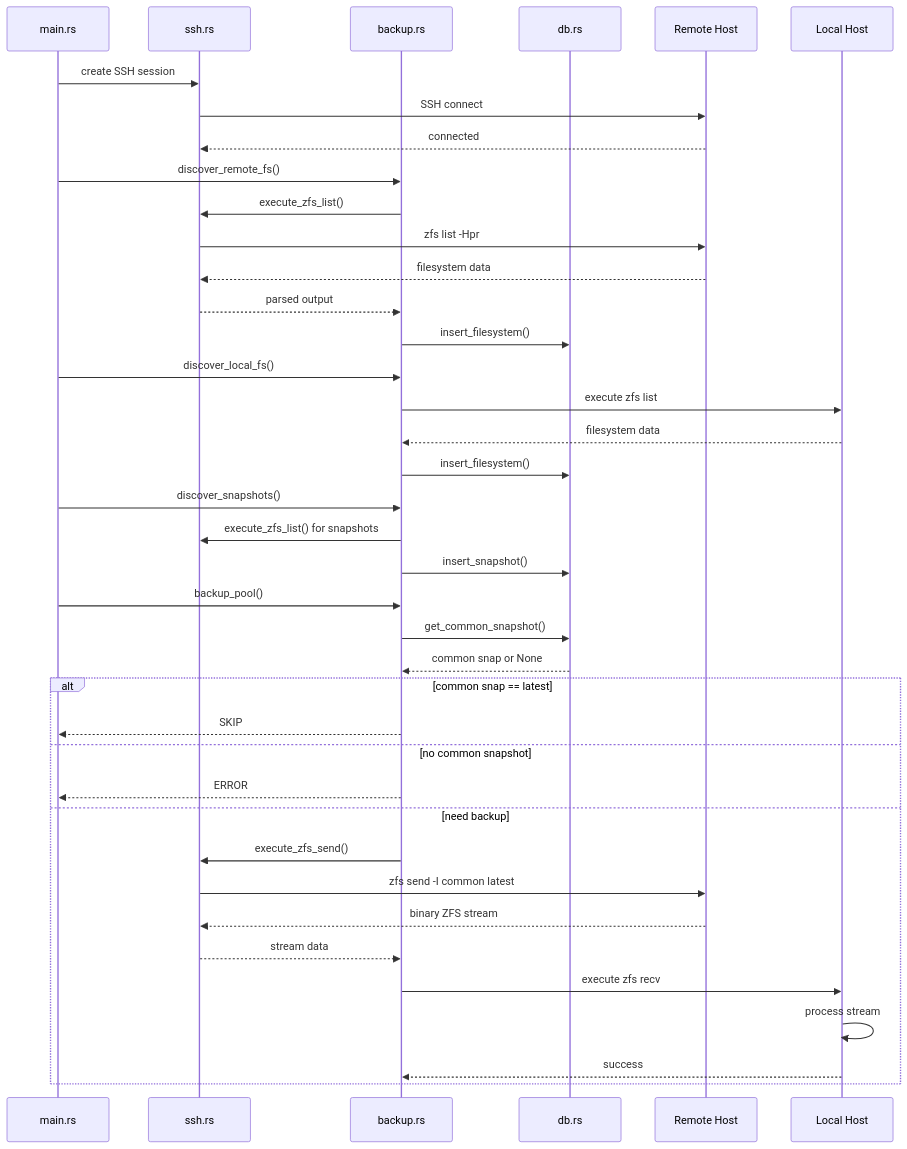
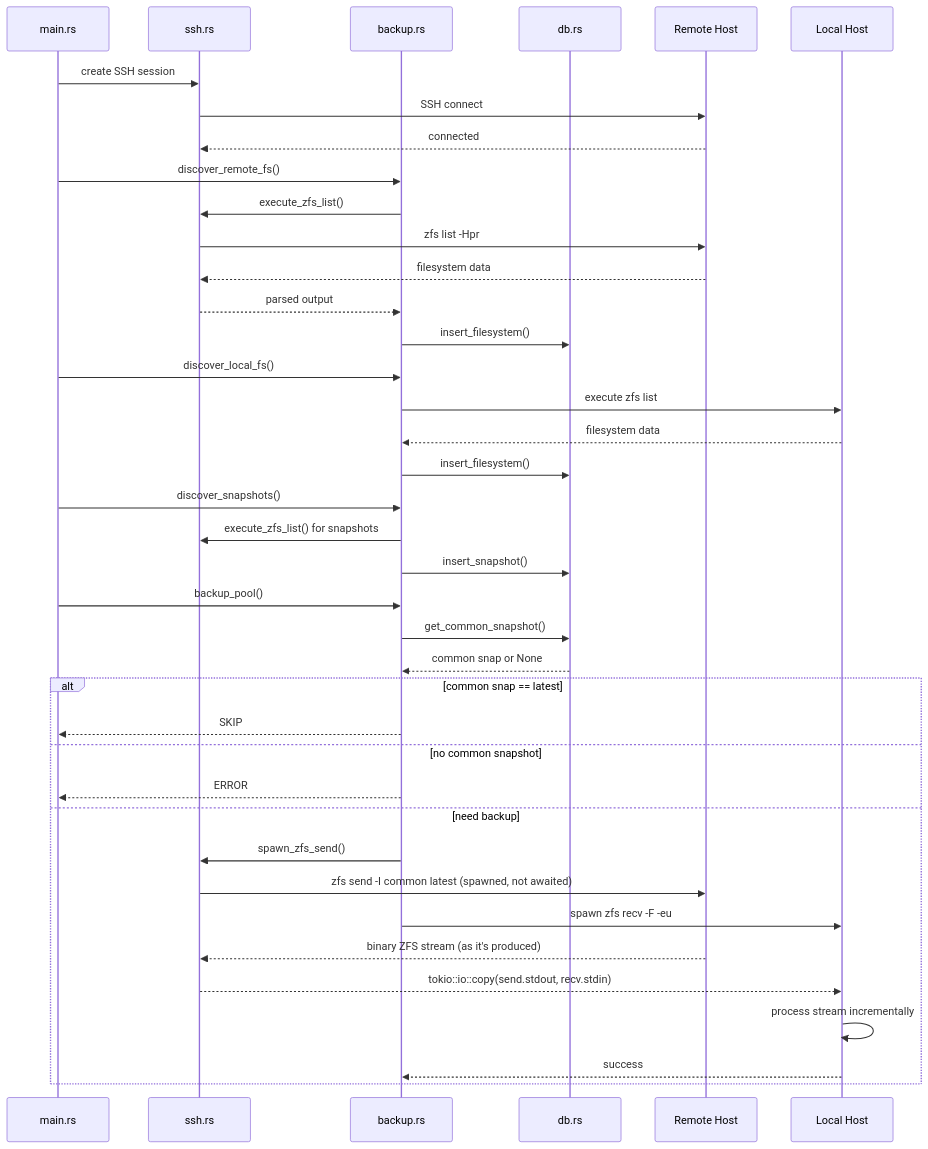
One commit to vivo75/smalltools changed the third of 8 diagrams in INTERNALS.md. Above: the diagram before and after it, drawn with Mermaid. The commit also changed other lines of this file, not shown here.

First line of the commit message:
INTERNALS.md: update docs for streaming zfs send/recv

````diff
--- a/INTERNALS.md
+++ b/INTERNALS.md
@@ -280,48 +281,47 @@
 ```mermaid
 sequenceDiagram
     participant main as main.rs
     participant ssh as ssh.rs
     participant backup as backup.rs
     participant db as db.rs
     participant remote as Remote Host
     participant local as Local Host
 
     main->>ssh: create SSH session
     ssh->>remote: SSH connect
     remote-->>ssh: connected
     
     main->>backup: discover_remote_fs()
     backup->>ssh: execute_zfs_list()
     ssh->>remote: zfs list -Hpr
     remote-->>ssh: filesystem data
     ssh-->>backup: parsed output
     backup->>db: insert_filesystem()
     
     main->>backup: discover_local_fs()
     backup->>local: execute zfs list
     local-->>backup: filesystem data
     backup->>db: insert_filesystem()
     
     main->>backup: discover_snapshots()
     backup->>ssh: execute_zfs_list() for snapshots
     backup->>db: insert_snapshot()
     
     main->>backup: backup_pool()
     backup->>db: get_common_snapshot()
     db-->>backup: common snap or None
     
     alt common snap == latest
         backup-->>main: SKIP
     else no common snapshot
         backup-->>main: ERROR
     else need backup
-        backup->>ssh: execute_zfs_send()
-        ssh->>remote: zfs send -I common latest
-        remote-->>ssh: binary ZFS stream
-        ssh-->>backup: stream data
-        
-        backup->>local: execute zfs recv
-        local->>local: process stream
+        backup->>ssh: spawn_zfs_send()
+        ssh->>remote: zfs send -I common latest (spawned, not awaited)
+        backup->>local: spawn zfs recv -F -eu
+        remote-->>ssh: binary ZFS stream (as it's produced)
+        ssh-->>local: tokio::io::copy(send.stdout, recv.stdin)
+        local->>local: process stream incrementally
         local-->>backup: success
     end
 ```
````
